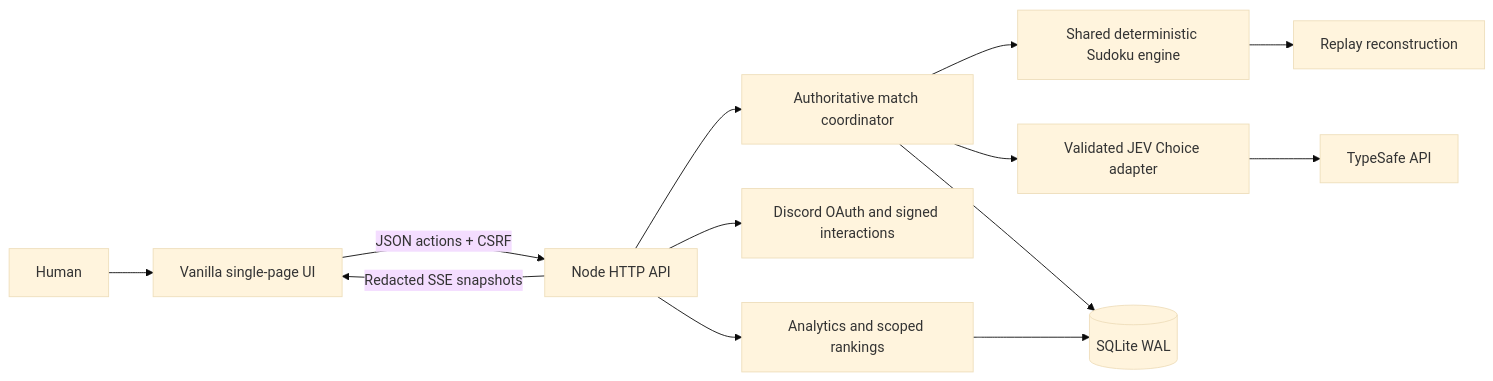
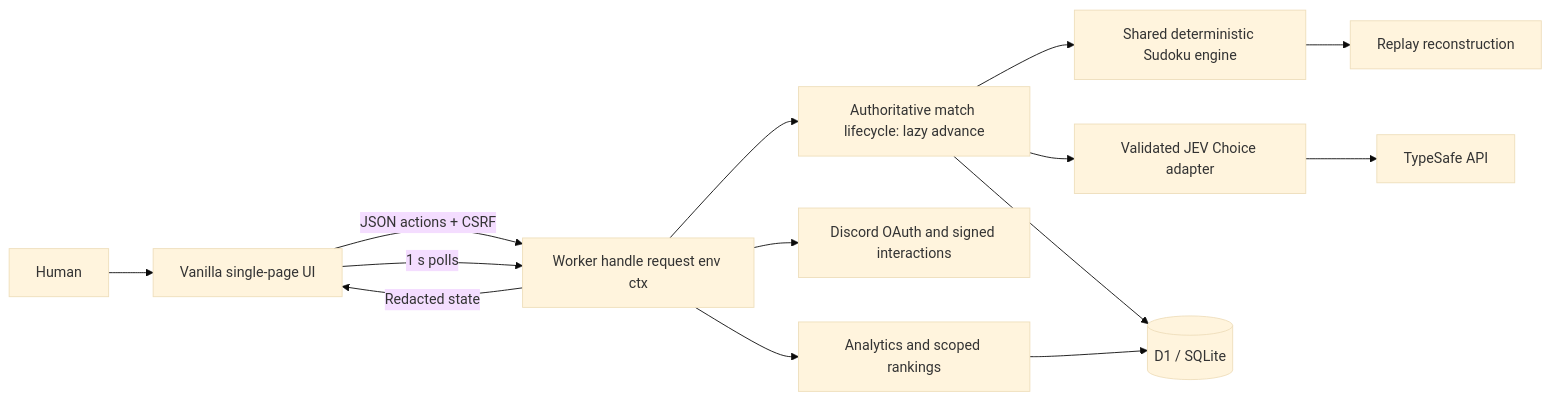
The first of 5 diagrams in docs/ARCHITECTURE.md (jevplays-games/jev-sudoku-analytics), drawn with Mermaid (base theme) before and after one commit. The commit also changed other lines of this file and 77 other files, not shown here.

````diff
--- a/docs/ARCHITECTURE.md
+++ b/docs/ARCHITECTURE.md
@@ -7,15 +7,16 @@
 ```mermaid
 flowchart LR
     Human --> UI[Vanilla single-page UI]
-    UI -->|JSON actions + CSRF| API[Node HTTP API]
-    API -->|Redacted SSE snapshots| UI
-    API --> Match[Authoritative match coordinator]
+    UI -->|JSON actions + CSRF| API[Worker handle request env ctx]
+    UI -->|1 s polls| API
+    API -->|Redacted state| UI
+    API --> Match[Authoritative match lifecycle: lazy advance]
     Match --> Rules[Shared deterministic Sudoku engine]
     Match --> Adapter[Validated JEV Choice adapter]
     Adapter --> TypeSafe[TypeSafe API]
     API --> Discord[Discord OAuth and signed interactions]
-    Match --> DB[(SQLite WAL)]
+    Match --> DB[(D1 / SQLite)]
     API --> Reports[Analytics and scoped rankings]
     Reports --> DB
     Rules --> Replay[Replay reconstruction]
 ```
````
